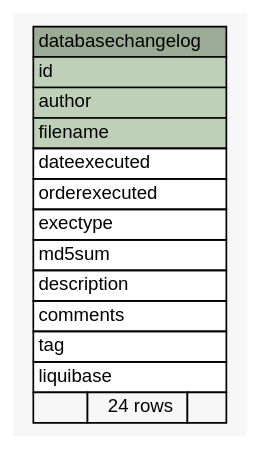
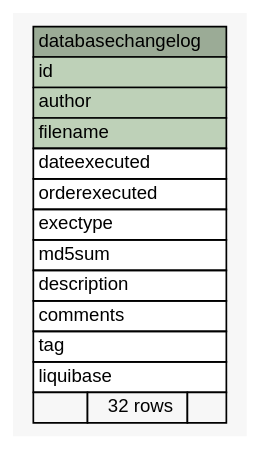
The diagram in ananya-report/build/schemaspy-output/diagrams/summary/databasechangelog.1degree.dot (motech/ananya), drawn with Graphviz before and after one commit. The commit also changed 76 other files, not shown here.

```diff
--- a/ananya-report/build/schemaspy-output/diagrams/summary/databasechangelog.1degree.dot
+++ b/ananya-report/build/schemaspy-output/diagrams/summary/databasechangelog.1degree.dot
@@ -1,40 +1,40 @@
 // dot 2.26.3 on Linux 2.6.38-11-generic-pae
 // SchemaSpy rev 590
 digraph "databasechangelog" {
   graph [
     rankdir="RL"
     bgcolor="#f7f7f7"
     nodesep="0.18"
     ranksep="0.46"
     fontname="Helvetica"
     fontsize="11"
   ];
   node [
     fontname="Helvetica"
     fontsize="11"
     shape="plaintext"
   ];
   edge [
     arrowsize="0.8"
   ];
   "databasechangelog" [
     label=<
     <TABLE BORDER="0" CELLBORDER="1" CELLSPACING="0" BGCOLOR="#ffffff">
       <TR><TD COLSPAN="3" BGCOLOR="#9bab96" ALIGN="CENTER">databasechangelog</TD></TR>
       <TR><TD PORT="id" COLSPAN="3" BGCOLOR="#bed1b8" ALIGN="LEFT">id</TD></TR>
       <TR><TD PORT="author" COLSPAN="3" BGCOLOR="#bed1b8" ALIGN="LEFT">author</TD></TR>
       <TR><TD PORT="filename" COLSPAN="3" BGCOLOR="#bed1b8" ALIGN="LEFT">filename</TD></TR>
       <TR><TD PORT="dateexecuted" COLSPAN="3" ALIGN="LEFT">dateexecuted</TD></TR>
       <TR><TD PORT="orderexecuted" COLSPAN="3" ALIGN="LEFT">orderexecuted</TD></TR>
       <TR><TD PORT="exectype" COLSPAN="3" ALIGN="LEFT">exectype</TD></TR>
       <TR><TD PORT="md5sum" COLSPAN="3" ALIGN="LEFT">md5sum</TD></TR>
       <TR><TD PORT="description" COLSPAN="3" ALIGN="LEFT">description</TD></TR>
       <TR><TD PORT="comments" COLSPAN="3" ALIGN="LEFT">comments</TD></TR>
       <TR><TD PORT="tag" COLSPAN="3" ALIGN="LEFT">tag</TD></TR>
       <TR><TD PORT="liquibase" COLSPAN="3" ALIGN="LEFT">liquibase</TD></TR>
-      <TR><TD ALIGN="LEFT" BGCOLOR="#f7f7f7">  </TD><TD ALIGN="RIGHT" BGCOLOR="#f7f7f7">24 rows</TD><TD ALIGN="RIGHT" BGCOLOR="#f7f7f7">  </TD></TR>
+      <TR><TD ALIGN="LEFT" BGCOLOR="#f7f7f7">  </TD><TD ALIGN="RIGHT" BGCOLOR="#f7f7f7">32 rows</TD><TD ALIGN="RIGHT" BGCOLOR="#f7f7f7">  </TD></TR>
     </TABLE>>
     URL="tables/databasechangelog.html"
     tooltip="databasechangelog"
   ];
 }
```
